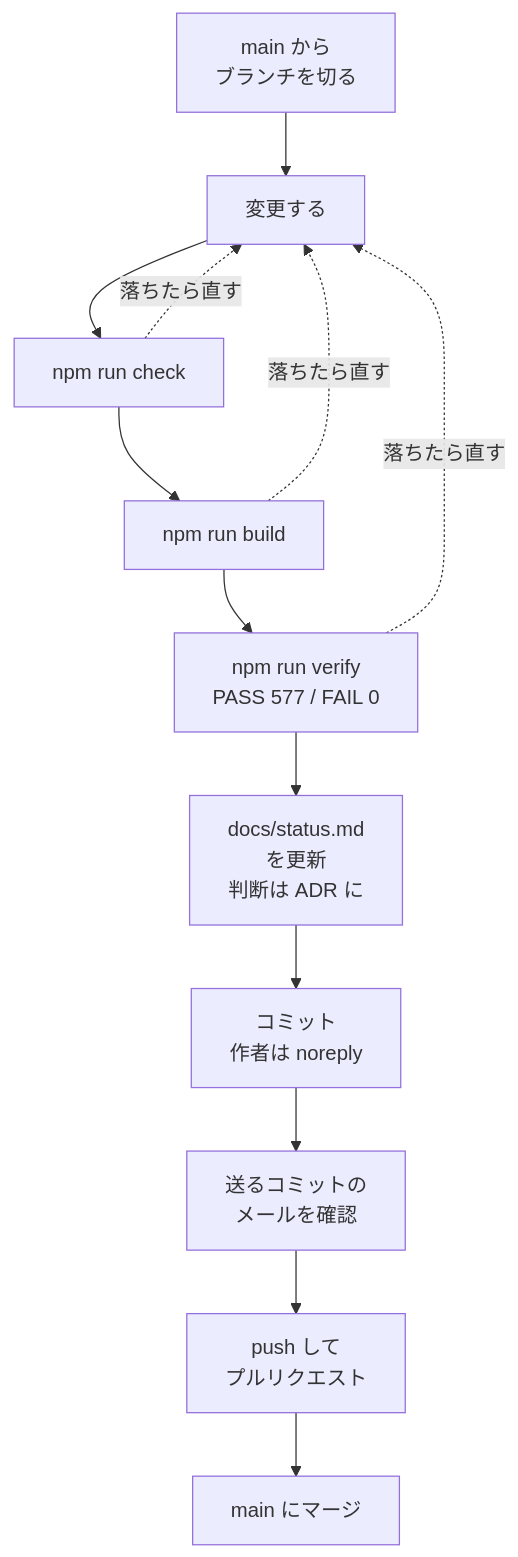
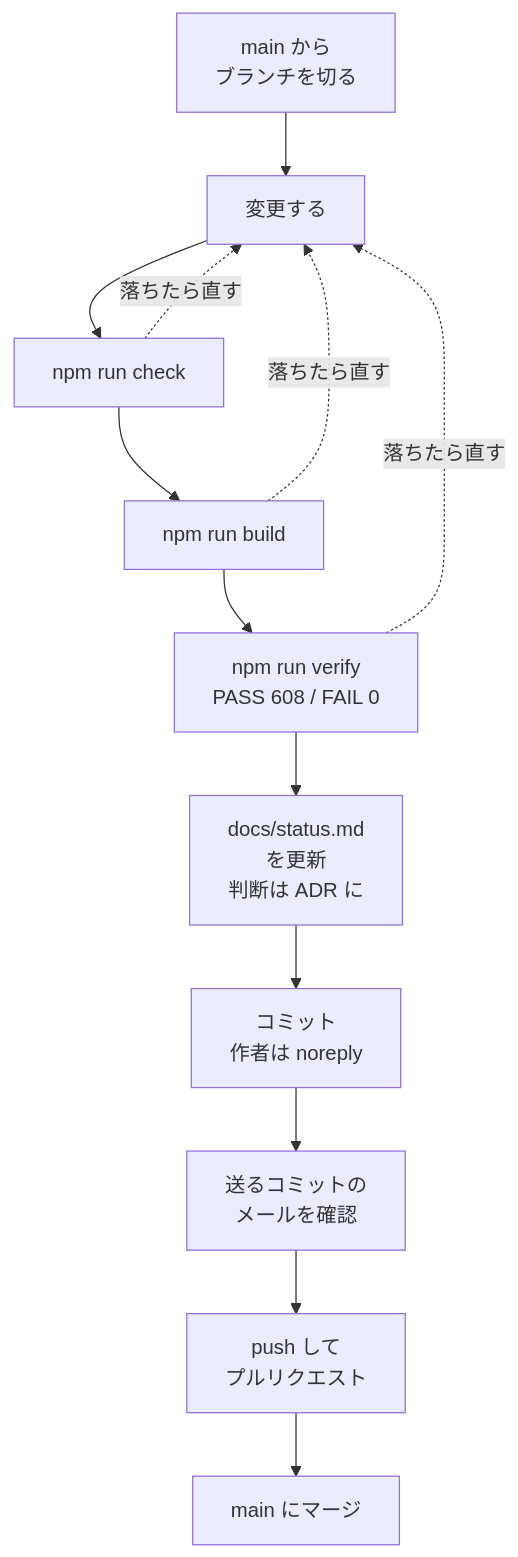
The sixth of 8 diagrams in README.md (bright-broom/tsumugi), drawn with Mermaid before and after one commit. The commit also changed other lines of this file and 40 other files, not shown here.

````diff
--- a/README.md
+++ b/README.md
@@ -200,15 +201,15 @@
 ```mermaid
 flowchart TD
   branch["main から<br/>ブランチを切る"] --> change["変更する"]
   change --> check["npm run check"]
   check --> build["npm run build"]
-  build --> verify["npm run verify<br/>PASS 577 / FAIL 0"]
+  build --> verify["npm run verify<br/>PASS 608 / FAIL 0"]
   verify --> record["docs/status.md<br/>を更新<br/>判断は ADR に"]
   record --> commit["コミット<br/>作者は noreply"]
   commit --> mail["送るコミットの<br/>メールを確認"]
   mail --> pr["push して<br/>プルリクエスト"]
   pr --> main["main にマージ"]
   check -.->|落ちたら直す| change
   build -.->|落ちたら直す| change
   verify -.->|落ちたら直す| change
 ```
````
